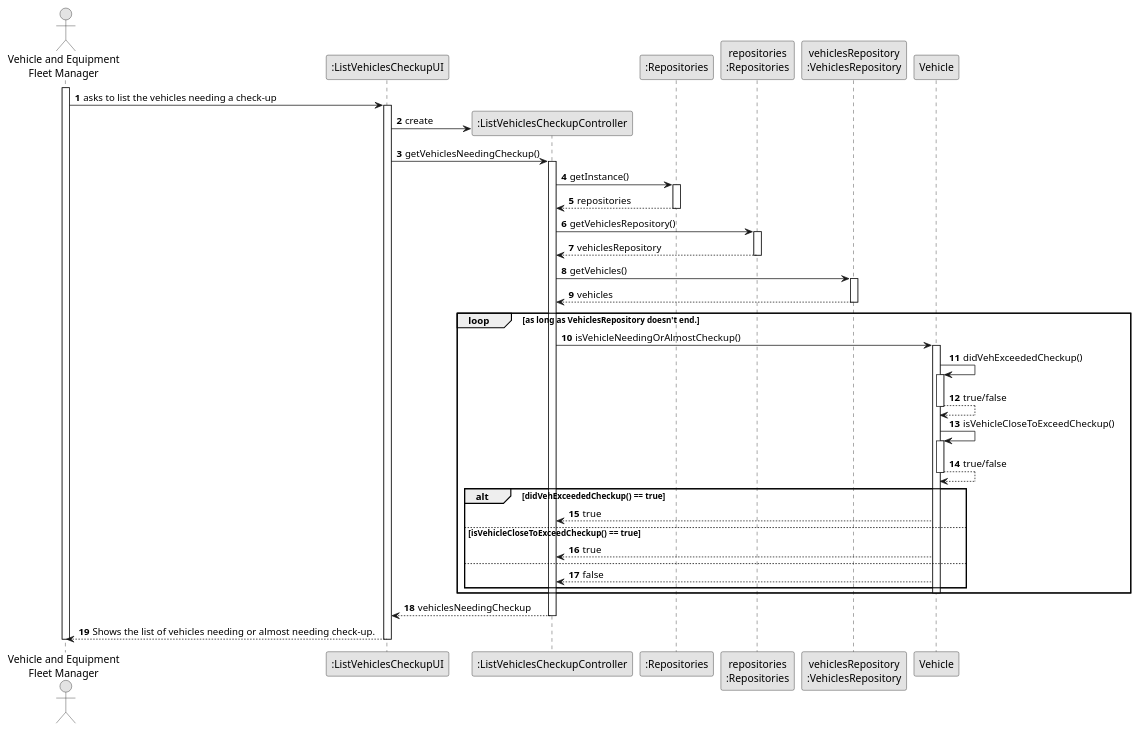
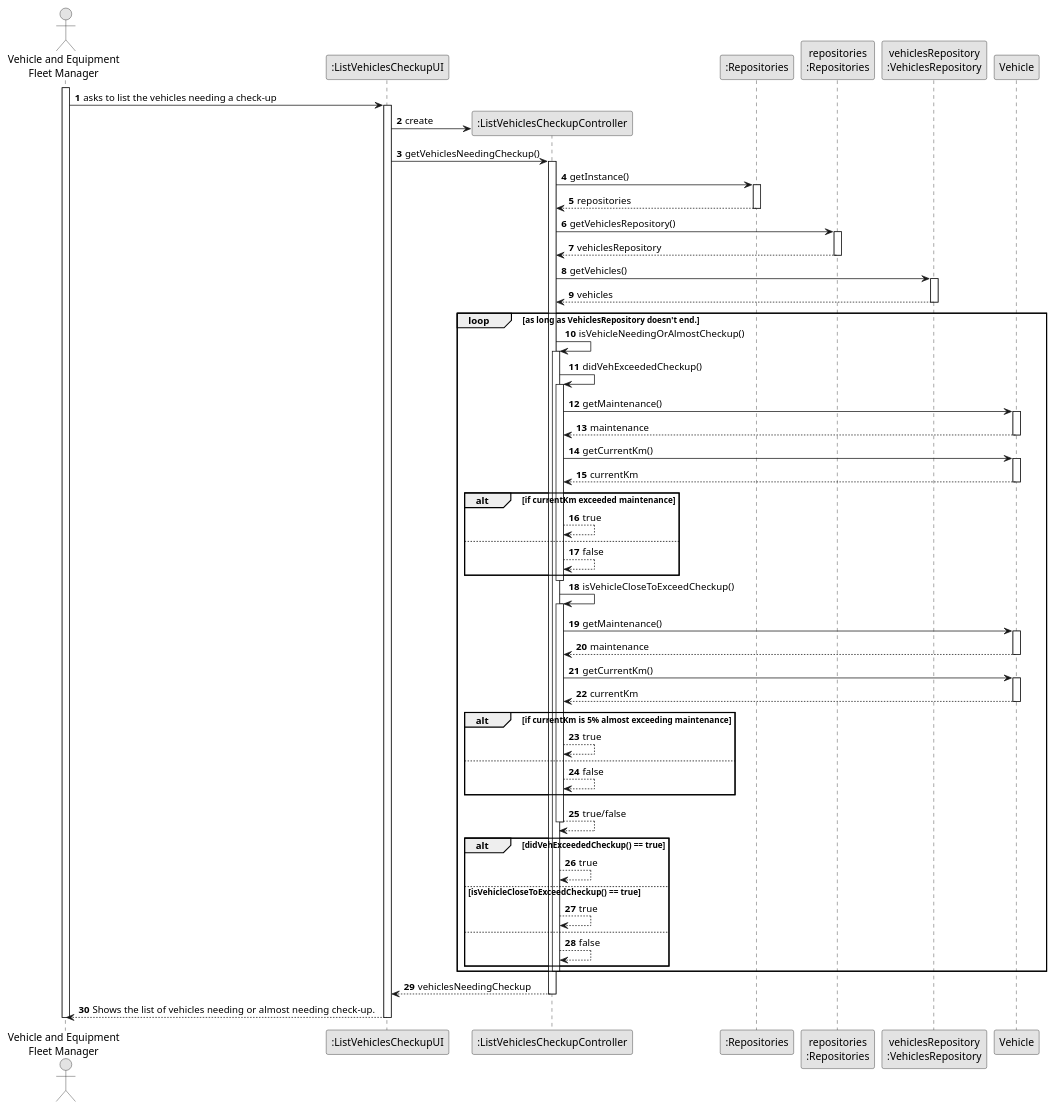
The diagram in docs/sprint2/us008/03.design/puml/us008-sequence-diagram-full.puml (1231360-ISEP/lei-24-s2-1db-g021), drawn with PlantUML before and after one commit. The commit also changed 2 other files, not shown here.

Commit message:
US004 - Updating sequence diagram.

```diff
--- a/docs/sprint2/us008/03.design/puml/us008-sequence-diagram-full.puml
+++ b/docs/sprint2/us008/03.design/puml/us008-sequence-diagram-full.puml
@@ -1,81 +1,112 @@
 @startuml
 skinparam monochrome true
 skinparam packageStyle rectangle
 skinparam shadowing false
 
 autonumber
 
 'hide footbox
 actor "Vehicle and Equipment\nFleet Manager" as ADM
 participant ":ListVehiclesCheckupUI" as UI
 participant ":ListVehiclesCheckupController" as CTRL
 participant ":Repositories" as RepositorySingleton
 participant "repositories\n:Repositories" as PLAT
 participant "vehiclesRepository\n:VehiclesRepository" as VehRepo
 participant "Vehicle" as Veh
 
 activate ADM
     ADM -> UI : asks to list the vehicles needing a check-up
 
     activate UI
         UI -> CTRL** : create
         UI -> CTRL : getVehiclesNeedingCheckup()
 
         activate CTRL
 
             CTRL -> RepositorySingleton : getInstance()
 
             activate RepositorySingleton
                 RepositorySingleton --> CTRL: repositories
             deactivate RepositorySingleton
 
             CTRL -> PLAT : getVehiclesRepository()
 
             activate PLAT
                 PLAT --> CTRL: vehiclesRepository
             deactivate PLAT
 
             CTRL -> VehRepo : getVehicles()
 
             activate VehRepo
                 VehRepo --> CTRL : vehicles
             deactivate VehRepo
 
             loop as long as VehiclesRepository doesn't end.
 
-                CTRL -> Veh : isVehicleNeedingOrAlmostCheckup()
+                CTRL -> CTRL : isVehicleNeedingOrAlmostCheckup()
 
-                activate Veh
+                activate CTRL
 
-                    Veh -> Veh : didVehExceededCheckup()
-                    activate Veh
-                        Veh --> Veh : true/false
-                    deactivate Veh
+                    CTRL -> CTRL : didVehExceededCheckup()
+                    activate CTRL
 
-                    Veh -> Veh : isVehicleCloseToExceedCheckup()
+                        CTRL -> Veh : getMaintenance()
+                        activate Veh
+                            Veh --> CTRL : maintenance
+                        deactivate Veh
 
-                    activate Veh
-                        Veh --> Veh : true/false
-                    deactivate Veh
+                        CTRL -> Veh : getCurrentKm()
+                        activate Veh
+                            Veh --> CTRL : currentKm
+                        deactivate Veh
+
+                        alt if currentKm exceeded maintenance
+                            CTRL --> CTRL : true
+                        else
+                            CTRL --> CTRL : false
+                        end
+
+                    deactivate CTRL
+
+                    CTRL -> CTRL : isVehicleCloseToExceedCheckup()
+
+                    activate CTRL
+                        CTRL -> Veh : getMaintenance()
+                        activate Veh
+                            Veh --> CTRL : maintenance
+                        deactivate Veh
+
+                        CTRL -> Veh : getCurrentKm()
+                        activate Veh
+                            Veh --> CTRL : currentKm
+                        deactivate Veh
+
+                        alt if currentKm is 5% almost exceeding maintenance
+                            CTRL --> CTRL : true
+                        else
+                            CTRL --> CTRL : false
+                        end
+                        CTRL --> CTRL : true/false
+                    deactivate CTRL
 
                     alt didVehExceededCheckup() == true
-                        Veh --> CTRL : true
+                        CTRL --> CTRL : true
                     else isVehicleCloseToExceedCheckup() == true
-                        Veh --> CTRL : true
+                        CTRL --> CTRL : true
                     else
-                        Veh --> CTRL : false
+                        CTRL --> CTRL : false
                     end
 
-                deactivate Veh
+                deactivate CTRL
 
             end
 
             CTRL --> UI : vehiclesNeedingCheckup
         deactivate CTRL
 
         UI --> ADM : Shows the list of vehicles needing or almost needing check-up.
     deactivate UI
 
 deactivate ADM
 
 @enduml
```
